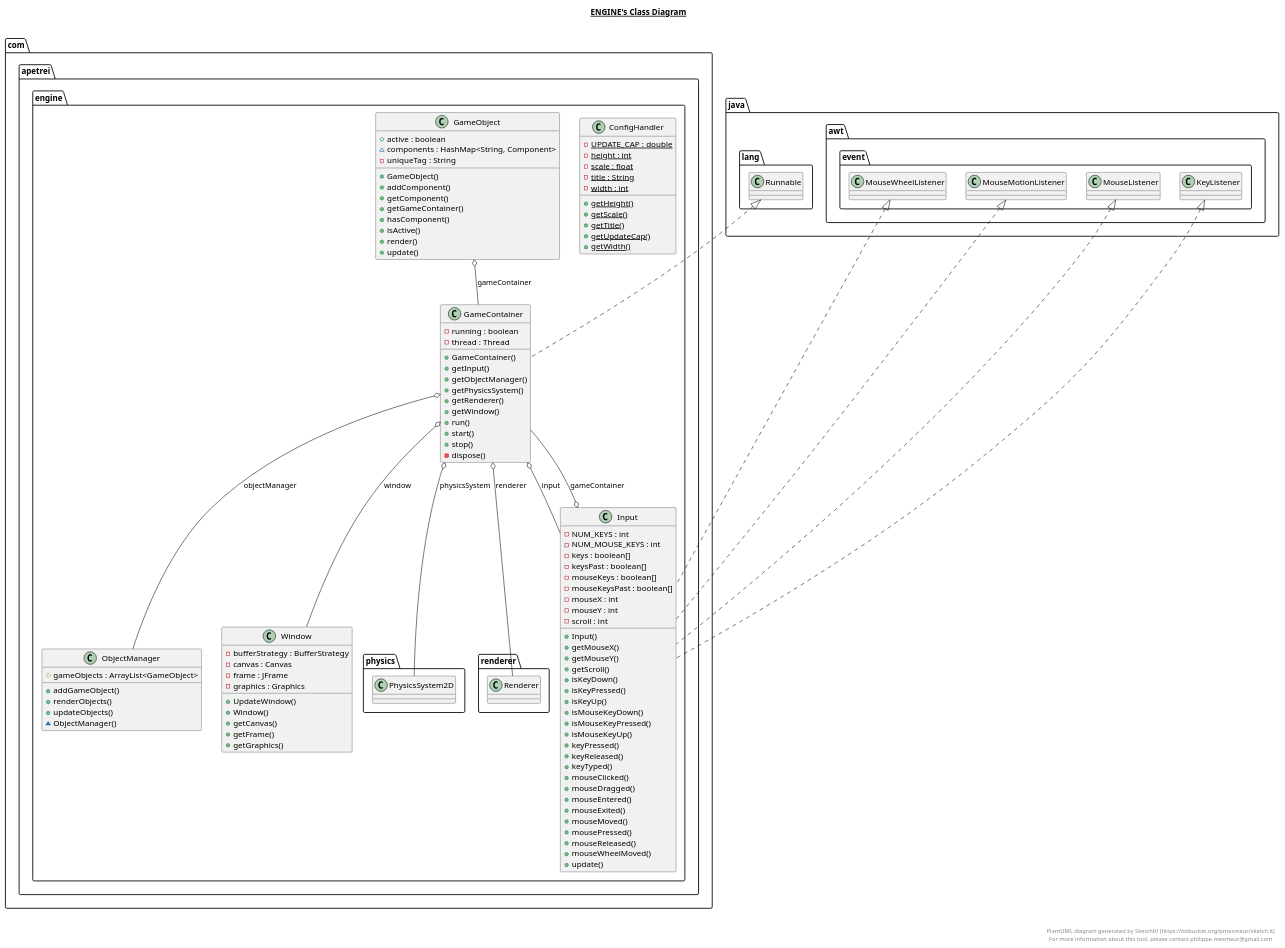
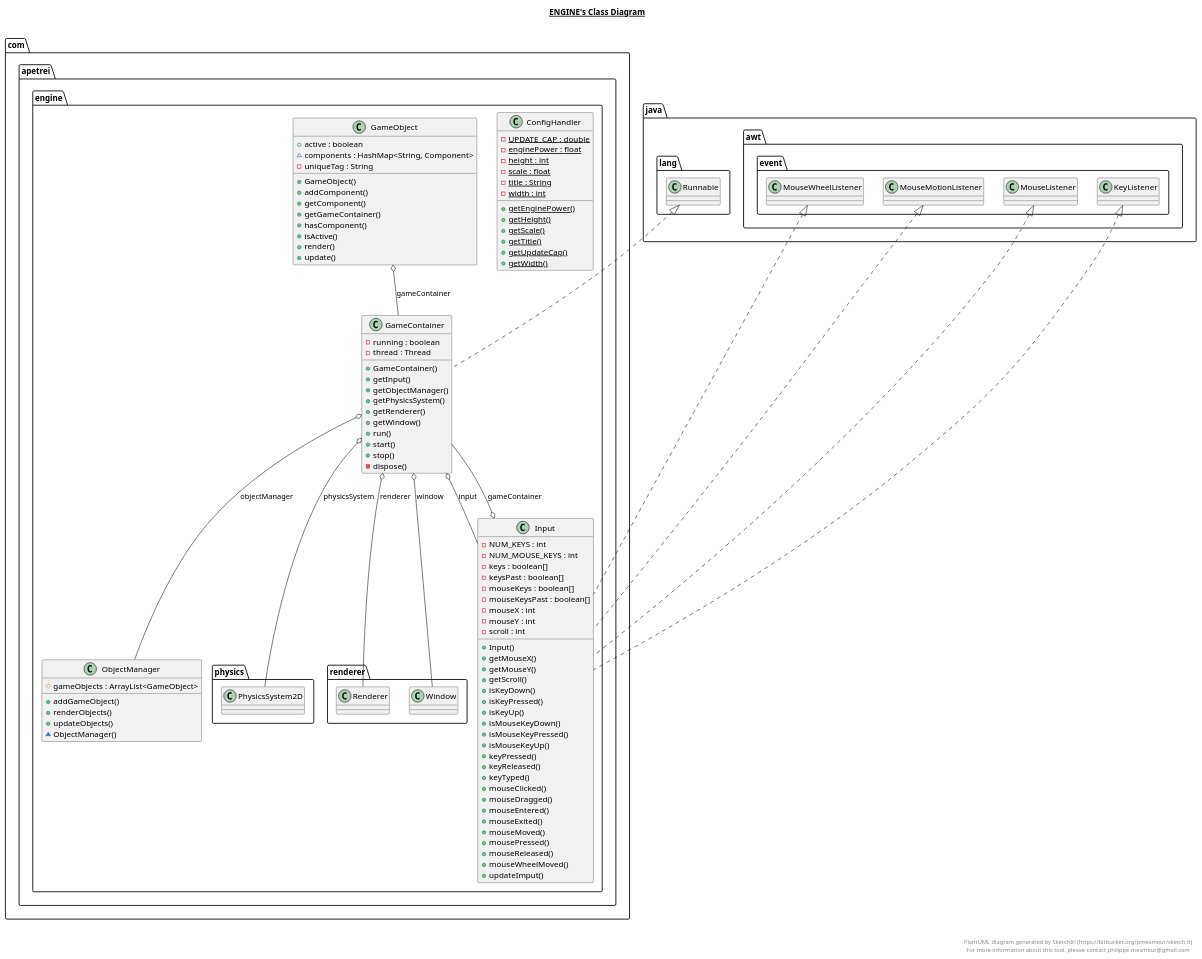
The diagram in src/com/apetrei/engine/engine.plantuml (TheWiseWolfy/Wild-Sky), drawn with PlantUML before and after one commit. The commit also changed 61 other files, not shown here.

```diff
--- a/src/com/apetrei/engine/engine.plantuml
+++ b/src/com/apetrei/engine/engine.plantuml
@@ -1,140 +1,127 @@
 @startuml
 
 title __ENGINE's Class Diagram__\n
 
   namespace com.apetrei.engine {
     class com.apetrei.engine.ConfigHandler {
         {static} - UPDATE_CAP : double
+        {static} - enginePower : float
         {static} - height : int
         {static} - scale : float
         {static} - title : String
         {static} - width : int
+        {static} + getEnginePower()
         {static} + getHeight()
         {static} + getScale()
         {static} + getTitle()
         {static} + getUpdateCap()
         {static} + getWidth()
     }
   }
   
 
   namespace com.apetrei.engine {
     class com.apetrei.engine.GameContainer {
         - running : boolean
         - thread : Thread
         + GameContainer()
         + getInput()
         + getObjectManager()
         + getPhysicsSystem()
         + getRenderer()
         + getWindow()
         + run()
         + start()
         + stop()
         - dispose()
     }
   }
   
 
   namespace com.apetrei.engine {
     class com.apetrei.engine.GameObject {
         + active : boolean
         ~ components : HashMap<String, Component>
         - uniqueTag : String
         + GameObject()
         + addComponent()
         + getComponent()
         + getGameContainer()
         + hasComponent()
         + isActive()
         + render()
         + update()
     }
   }
   
 
   namespace com.apetrei.engine {
     class com.apetrei.engine.Input {
         - NUM_KEYS : int
         - NUM_MOUSE_KEYS : int
         - keys : boolean[]
         - keysPast : boolean[]
         - mouseKeys : boolean[]
         - mouseKeysPast : boolean[]
         - mouseX : int
         - mouseY : int
         - scroll : int
         + Input()
         + getMouseX()
         + getMouseY()
         + getScroll()
         + isKeyDown()
         + isKeyPressed()
         + isKeyUp()
         + isMouseKeyDown()
         + isMouseKeyPressed()
         + isMouseKeyUp()
         + keyPressed()
         + keyReleased()
         + keyTyped()
         + mouseClicked()
         + mouseDragged()
         + mouseEntered()
         + mouseExited()
         + mouseMoved()
         + mousePressed()
         + mouseReleased()
         + mouseWheelMoved()
-        + update()
+        + updateImput()
     }
   }
   
 
   namespace com.apetrei.engine {
     class com.apetrei.engine.ObjectManager {
         # gameObjects : ArrayList<GameObject>
         + addGameObject()
         + renderObjects()
         + updateObjects()
         ~ ObjectManager()
     }
   }
   
 
-  namespace com.apetrei.engine {
-    class com.apetrei.engine.Window {
-        - bufferStrategy : BufferStrategy
-        - canvas : Canvas
-        - frame : JFrame
-        - graphics : Graphics
-        + UpdateWindow()
-        + Window()
-        + getCanvas()
-        + getFrame()
-        + getGraphics()
-    }
-  }
-  
-
   com.apetrei.engine.GameContainer .up.|> java.lang.Runnable
   com.apetrei.engine.GameContainer o-- com.apetrei.engine.Input : input
   com.apetrei.engine.GameContainer o-- com.apetrei.engine.ObjectManager : objectManager
   com.apetrei.engine.GameContainer o-- com.apetrei.engine.physics.PhysicsSystem2D : physicsSystem
   com.apetrei.engine.GameContainer o-- com.apetrei.engine.renderer.Renderer : renderer
-  com.apetrei.engine.GameContainer o-- com.apetrei.engine.Window : window
+  com.apetrei.engine.GameContainer o-- com.apetrei.engine.renderer.Window : window
   com.apetrei.engine.GameObject o-- com.apetrei.engine.GameContainer : gameContainer
   com.apetrei.engine.Input .up.|> java.awt.event.KeyListener
   com.apetrei.engine.Input .up.|> java.awt.event.MouseListener
   com.apetrei.engine.Input .up.|> java.awt.event.MouseMotionListener
   com.apetrei.engine.Input .up.|> java.awt.event.MouseWheelListener
   com.apetrei.engine.Input o-- com.apetrei.engine.GameContainer : gameContainer
 
 
 right footer
 
 
 PlantUML diagram generated by SketchIt! (https://bitbucket.org/pmesmeur/sketch.it)
 For more information about this tool, please contact philippe.mesmeur@gmail.com
 endfooter
 
 @enduml
```
